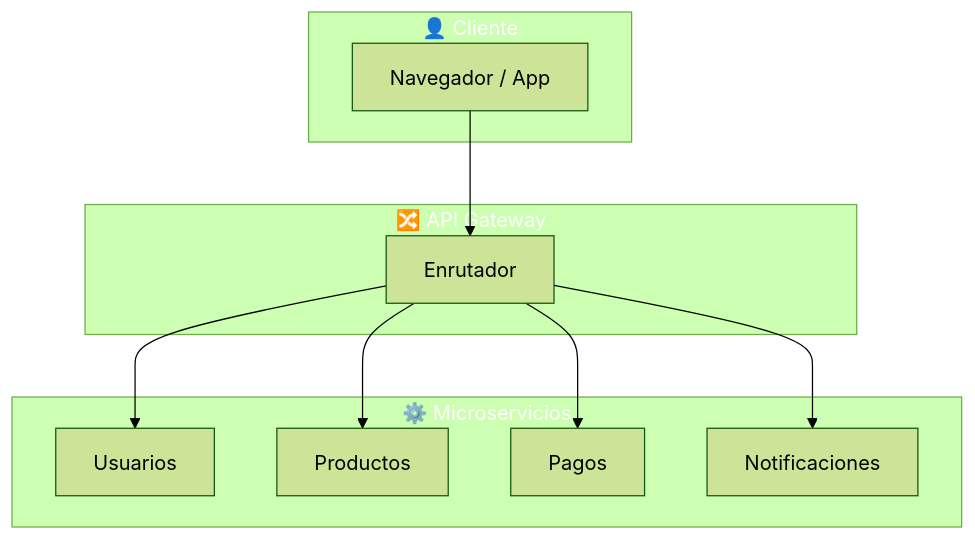
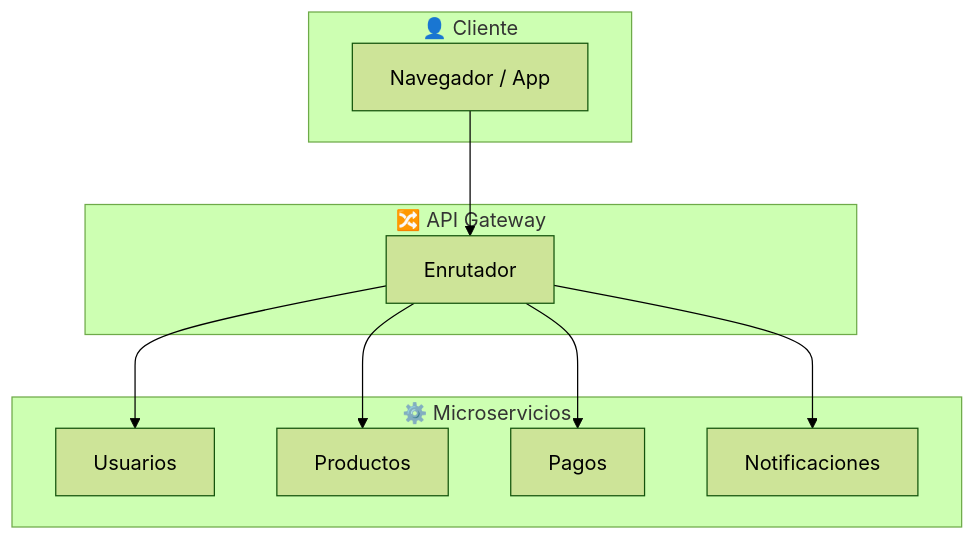
One commit to joseluisgs/DesarrolloWebEntornosServidor-01-2026-2027 changed the fourth of 5 diagrams in 03-arquitecturas-web.md. Above: the diagram before and after it, drawn with Mermaid (forest theme). The commit also changed other lines of this file and 15 other files, not shown here.

Commit message:
docs: quitar el relleno a los subgraf de los diagramas y corregir comillas y rayas sueltas

````diff
--- a/03-arquitecturas-web.md
+++ b/03-arquitecturas-web.md
@@ -92,27 +91,24 @@
 ```mermaid
 graph TD
     subgraph CLIENTE["👤 Cliente"]
         A["Navegador / App"]
     end
 
     subgraph API_GATEWAY["🔀 API Gateway"]
         B["Enrutador"]
     end
 
     subgraph MICROSERVICIOS["⚙️ Microservicios"]
         C["Usuarios"]
         D["Productos"]
         E["Pagos"]
         F["Notificaciones"]
     end
 
     A --> B
     B --> C
     B --> D
     B --> E
     B --> F
 
-    style CLIENTE fill:#2196F,color:#fff3,color:#fff
-    style API_GATEWAY fill:#9C27B,color:#fff0,color:#fff
-    style MICROSERVICIOS fill:#4CAF5,color:#fff0,color:#fff
 ```
````
